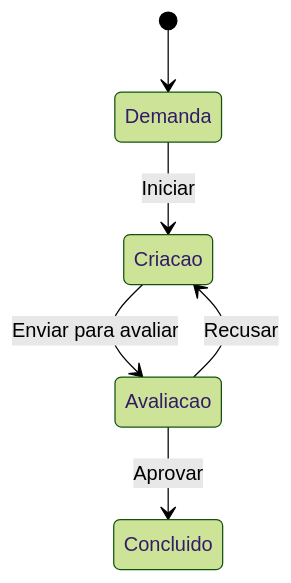
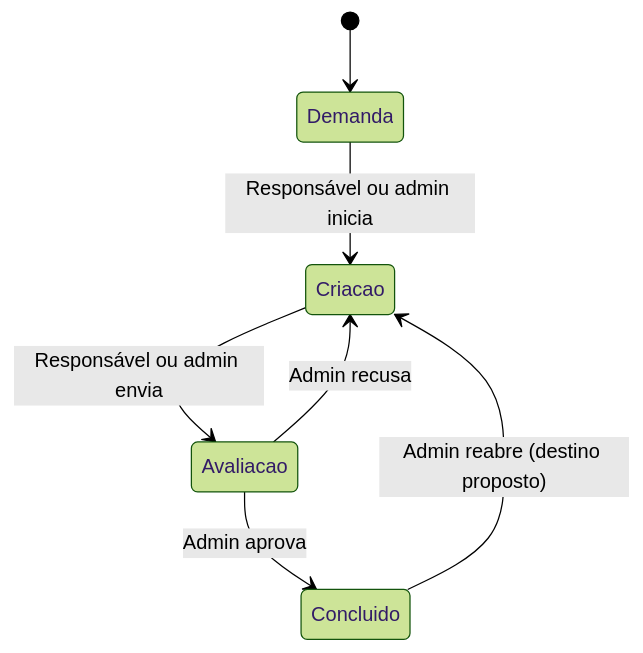
One commit to AgroHub-Uni-RV/inovalab-django changed the diagram in 03-InovaLab-Cenarios-e-Rastreabilidade.md. Above: the diagram before and after it, drawn with Mermaid (forest theme). The commit also changed other lines of this file and 4 other files, not shown here.

````diff
--- a/03-InovaLab-Cenarios-e-Rastreabilidade.md
+++ b/03-InovaLab-Cenarios-e-Rastreabilidade.md
@@ -9,8 +9,9 @@
 ```mermaid
 stateDiagram-v2
     [*] --> Demanda
-    Demanda --> Criacao: Iniciar
-    Criacao --> Avaliacao: Enviar para avaliar
-    Avaliacao --> Concluido: Aprovar
-    Avaliacao --> Criacao: Recusar
+    Demanda --> Criacao: Responsável ou admin inicia
+    Criacao --> Avaliacao: Responsável ou admin envia
+    Avaliacao --> Concluido: Admin aprova
+    Avaliacao --> Criacao: Admin recusa
+    Concluido --> Criacao: Admin reabre (destino proposto)
 ```
````
